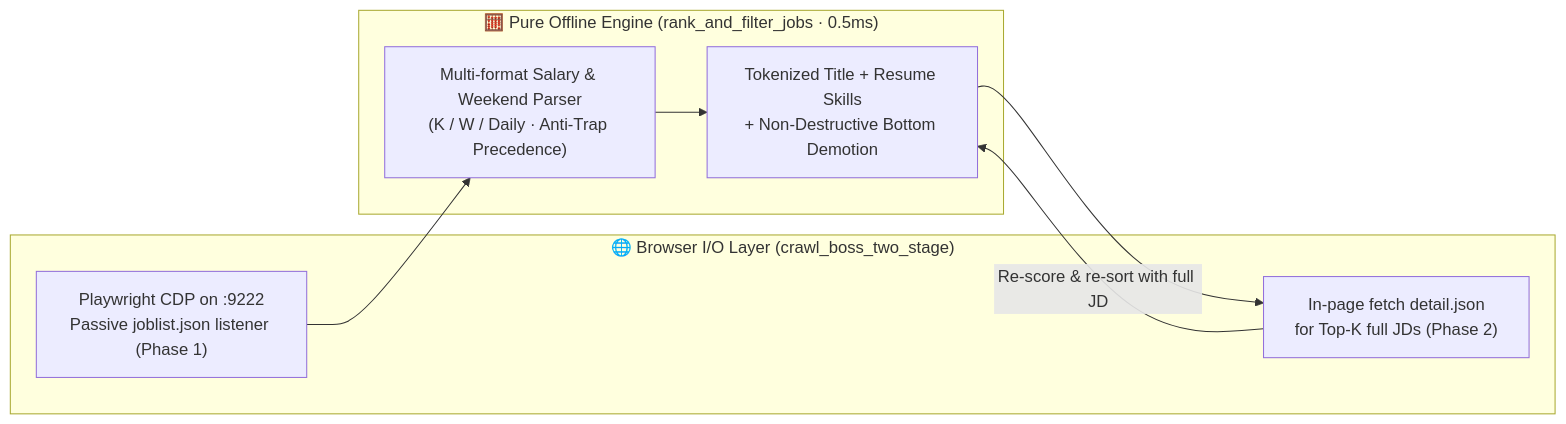
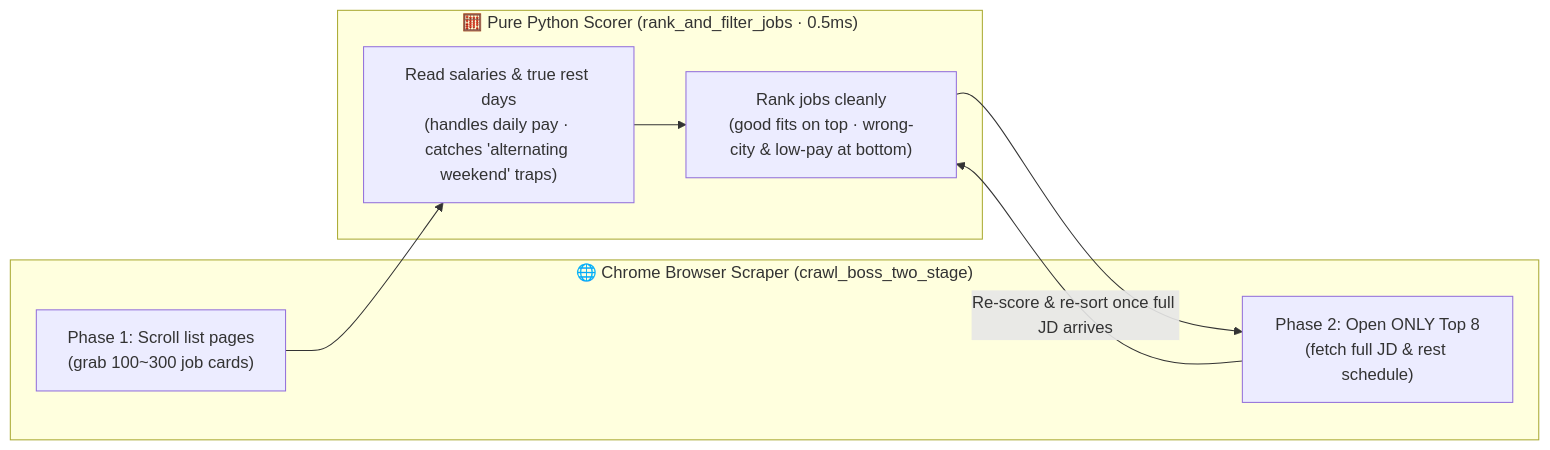
The diagram in tutorials/en/03-stage3-stage4-intent-and-ranking.md (jason-haha-69135/boss-zhipin-crawler), drawn with Mermaid before and after one commit. The commit also changed other lines of this file and 14 other files, not shown here.

````diff
--- a/tutorials/en/03-stage3-stage4-intent-and-ranking.md
+++ b/tutorials/en/03-stage3-stage4-intent-and-ranking.md
@@ -29,14 +30,14 @@
 ```mermaid
 flowchart LR
-    subgraph OnlineIO ["🌐 Browser I/O Layer (crawl_boss_two_stage)"]
-        CDP["Playwright CDP on :9222\nPassive joblist.json listener (Phase 1)"]
-        Detail["In-page fetch detail.json\nfor Top-K full JDs (Phase 2)"]
+    subgraph Scraper ["🌐 Chrome Browser Scraper (crawl_boss_two_stage)"]
+        Phase1["Phase 1: Scroll list pages\n(grab 100~300 job cards)"]
+        Phase2["Phase 2: Open ONLY Top 8\n(fetch full JD & rest schedule)"]
     end
-    subgraph PureLogic ["🧮 Pure Offline Engine (rank_and_filter_jobs · 0.5ms)"]
-        Parse["Multi-format Salary & Weekend Parser\n(K / W / Daily · Anti-Trap Precedence)"]
-        Rank["Tokenized Title + Resume Skills\n+ Non-Destructive Bottom Demotion"]
+    subgraph Scorer ["🧮 Pure Python Scorer (rank_and_filter_jobs · 0.5ms)"]
+        Parse["Read salaries & true rest days\n(handles daily pay · catches 'alternating weekend' traps)"]
+        Sort["Rank jobs cleanly\n(good fits on top · wrong-city & low-pay at bottom)"]
     end
 
-    CDP --> Parse --> Rank --> Detail
-    Detail -->|"Re-score & re-sort with full JD"| Rank
+    Phase1 --> Parse --> Sort --> Phase2
+    Phase2 -->|"Re-score & re-sort once full JD arrives"| Sort
 ```
````
